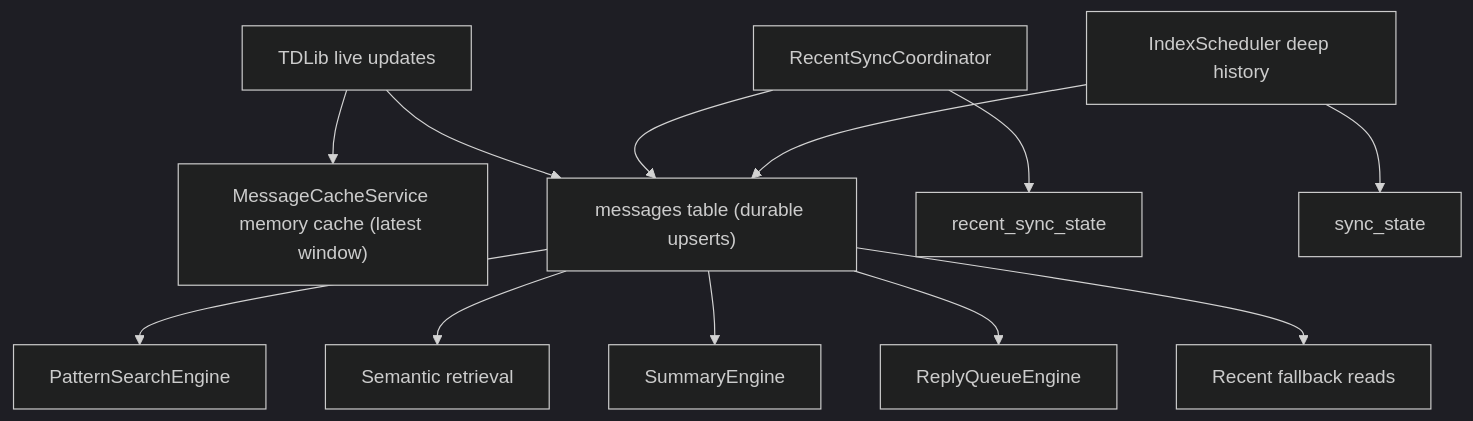
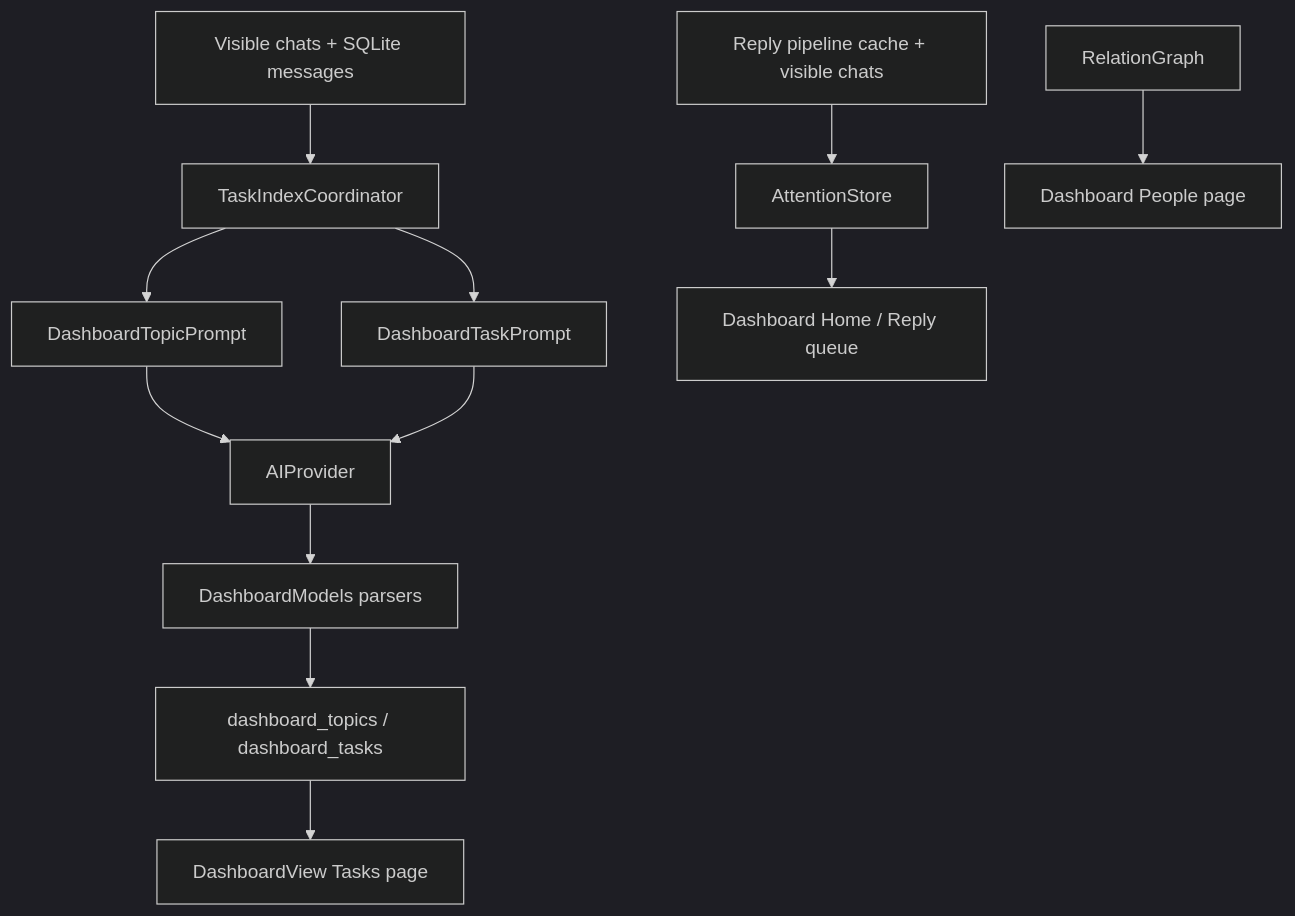
The second of 2 diagrams in docs/architecture.md (0xpratzyy/telegraham), drawn with Mermaid (dark theme) before and after one commit. The commit also changed other lines of this file and 59 other files, not shown here.

Commit message:
Add dashboard task index and triage hardening

````diff
--- a/docs/architecture.md
+++ b/docs/architecture.md
@@ -59,14 +145,14 @@
 ```mermaid
 flowchart TD
-    A["TDLib live updates"] --> B["MessageCacheService memory cache (latest window)"]
-    A --> C["messages table (durable upserts)"]
-    D["RecentSyncCoordinator"] --> C
-    D --> E["recent_sync_state"]
-    F["IndexScheduler deep history"] --> C
-    F --> G["sync_state"]
-    C --> H["PatternSearchEngine"]
-    C --> I["Semantic retrieval"]
-    C --> J["SummaryEngine"]
-    C --> K["ReplyQueueEngine"]
-    C --> L["Recent fallback reads"]
+    A["Visible chats + SQLite messages"] --> B["TaskIndexCoordinator"]
+    B --> C["DashboardTopicPrompt"]
+    B --> D["DashboardTaskPrompt"]
+    C --> E["AIProvider"]
+    D --> E
+    E --> F["DashboardModels parsers"]
+    F --> G["dashboard_topics / dashboard_tasks"]
+    G --> H["DashboardView Tasks page"]
+    I["Reply pipeline cache + visible chats"] --> J["AttentionStore"]
+    J --> K["Dashboard Home / Reply queue"]
+    L["RelationGraph"] --> M["Dashboard People page"]
 ```
````
